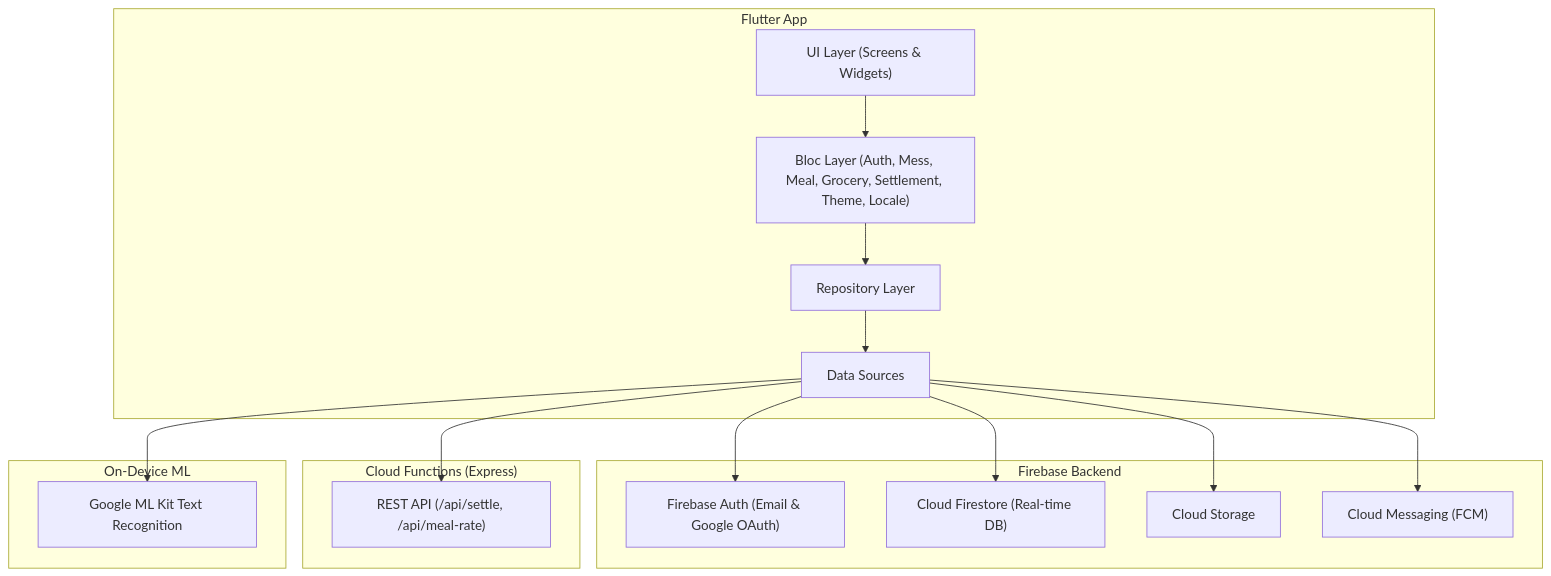
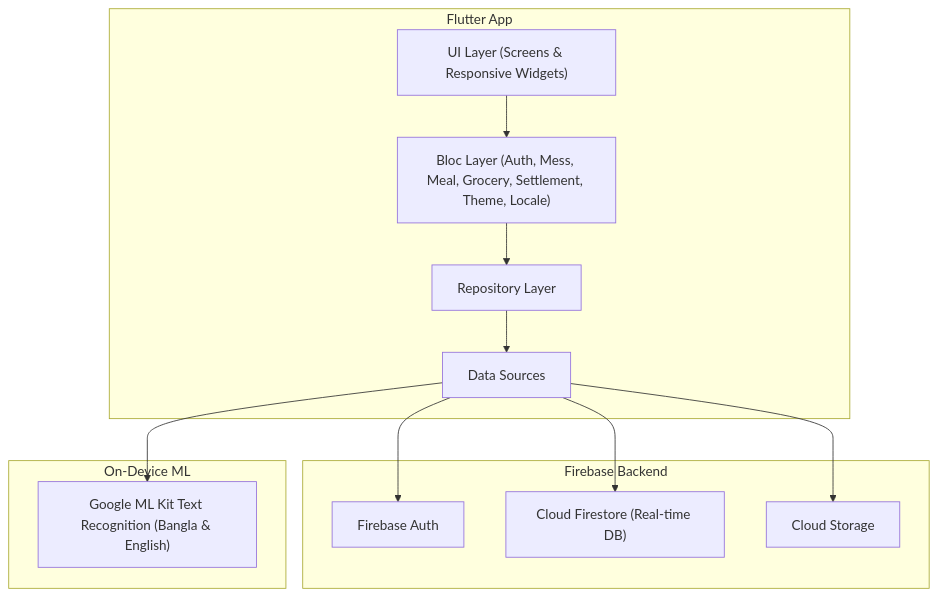
The diagram in README.md (mddaf/mess_manager), drawn with Mermaid before and after one commit. The commit also changed other lines of this file and 1 other file, not shown here.

Commit message:
docs: update README with Meal Manager guide, GitHub Packages explanation, and GitHub Actions APK build workflow

````diff
--- a/README.md
+++ b/README.md
@@ -53,32 +68,25 @@
 ```mermaid
 graph TB
     subgraph "Flutter App"
-        UI["UI Layer (Screens & Widgets)"]
+        UI["UI Layer (Screens & Responsive Widgets)"]
         BL["Bloc Layer (Auth, Mess, Meal, Grocery, Settlement, Theme, Locale)"]
         REPO["Repository Layer"]
         DS["Data Sources"]
     end
 
     subgraph "Firebase Backend"
-        AUTH["Firebase Auth (Email & Google OAuth)"]
+        AUTH["Firebase Auth"]
         FS["Cloud Firestore (Real-time DB)"]
         STR["Cloud Storage"]
-        FCM["Cloud Messaging (FCM)"]
-    end
-
-    subgraph "Cloud Functions (Express)"
-        REST["REST API (/api/settle, /api/meal-rate)"]
     end
 
     subgraph "On-Device ML"
-        OCR["Google ML Kit Text Recognition"]
+        OCR["Google ML Kit Text Recognition (Bangla & English)"]
     end
 
     UI --> BL --> REPO --> DS
     DS --> AUTH
     DS --> FS
     DS --> STR
-    DS --> FCM
-    DS --> REST
     DS --> OCR
 ```
````
